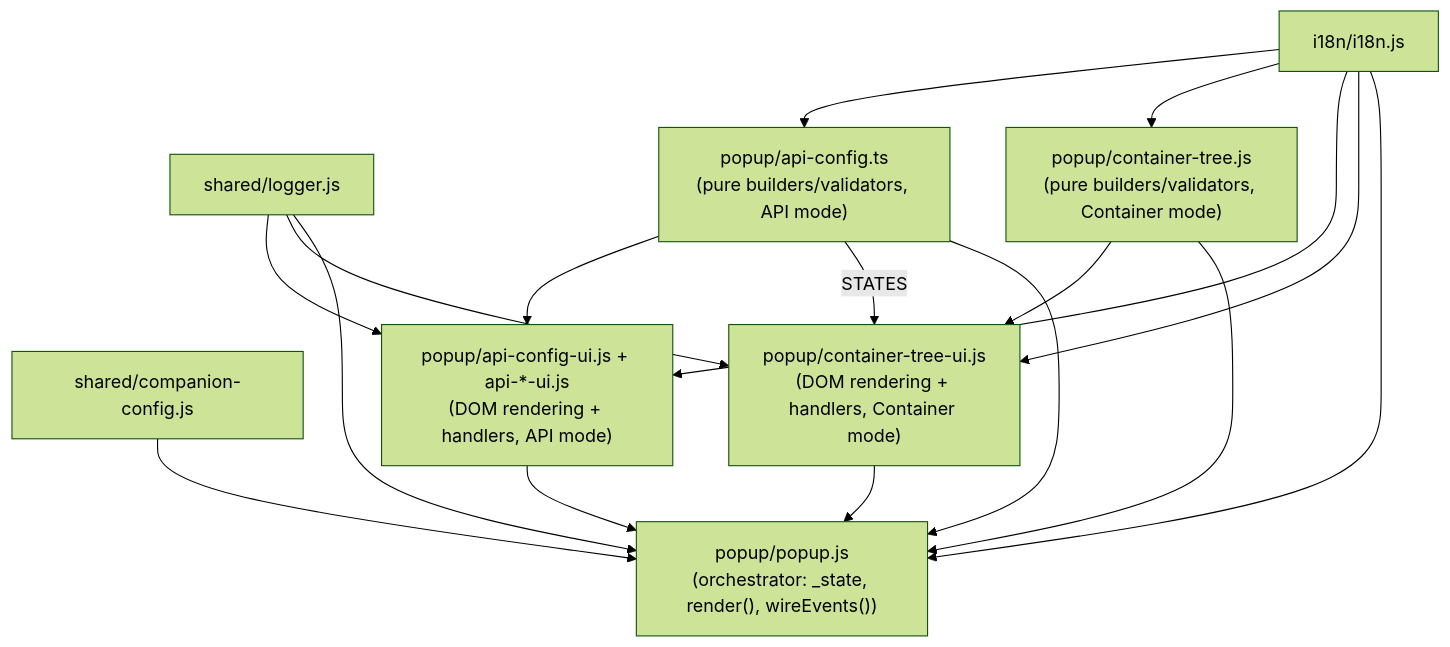
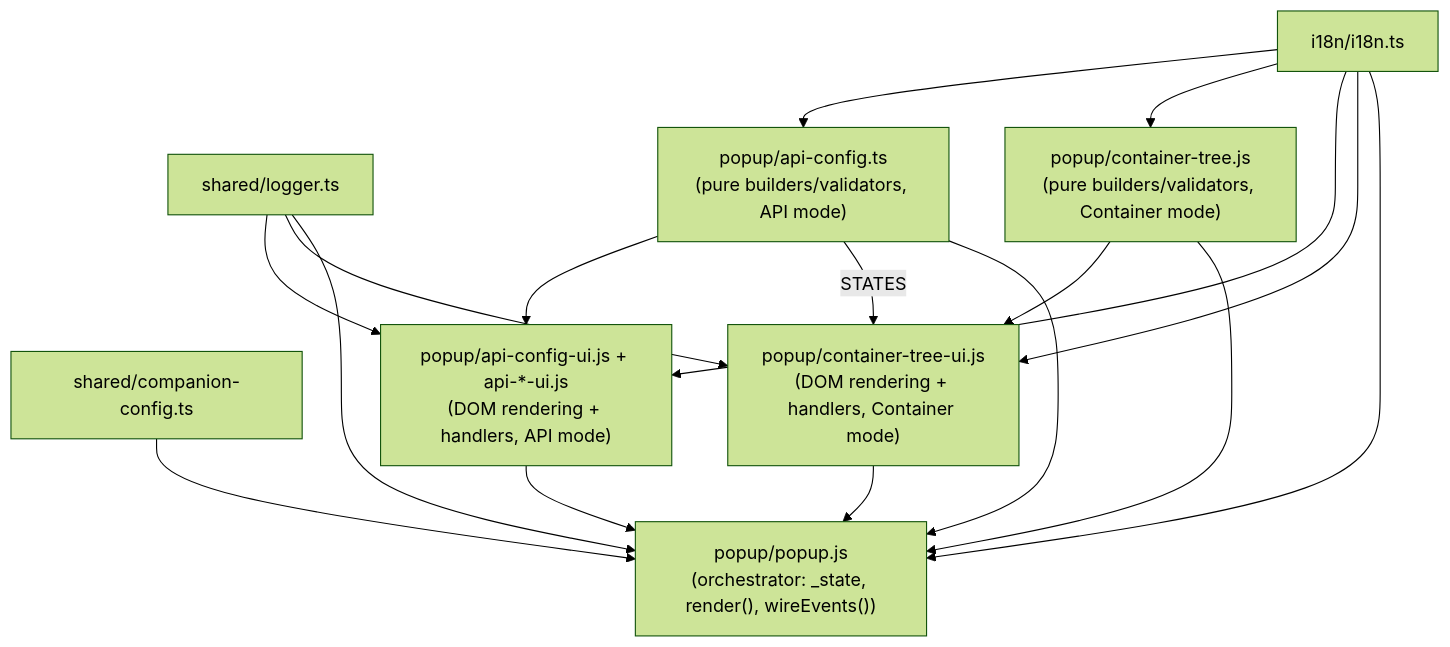
Before and after one commit to Aventinis/Scraping-Factory: the second of 7 diagrams in docs/ARCHITECTURE.md, drawn with Mermaid (forest theme). The commit also changed other lines of this file and 3 other files, not shown here.

````diff
--- a/docs/ARCHITECTURE.md
+++ b/docs/ARCHITECTURE.md
@@ -105,28 +105,28 @@
 ```mermaid
 flowchart TB
-    logger["shared/logger.js"]
-    i18n["i18n/i18n.js"]
-    ccfg["shared/companion-config.js"]
+    logger["shared/logger.ts"]
+    i18n["i18n/i18n.ts"]
+    ccfg["shared/companion-config.ts"]
     apiCfg["popup/api-config.ts\n(pure builders/validators, API mode)"]
     ctree["popup/container-tree.js\n(pure builders/validators, Container mode)"]
     apiUi["popup/api-config-ui.js + api-*-ui.js\n(DOM rendering + handlers, API mode)"]
     ctreeUi["popup/container-tree-ui.js\n(DOM rendering + handlers, Container mode)"]
     popup["popup/popup.js\n(orchestrator: _state, render(), wireEvents())"]
 
     i18n --> apiCfg
     i18n --> ctree
     logger --> apiUi
     i18n --> apiUi
     apiCfg --> apiUi
     logger --> ctreeUi
     i18n --> ctreeUi
     apiCfg -->|STATES| ctreeUi
     ctree --> ctreeUi
     apiCfg --> popup
     ctree --> popup
     apiUi --> popup
     ctreeUi --> popup
     logger --> popup
     i18n --> popup
     ccfg --> popup
 ```
````
